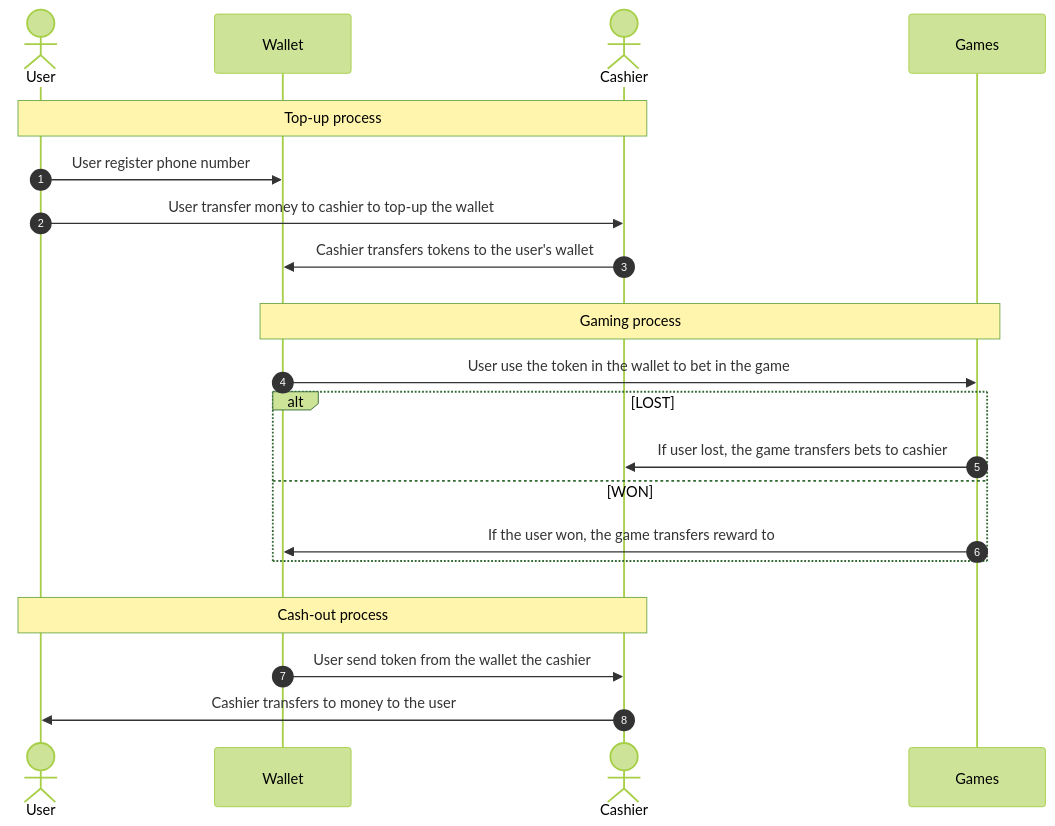
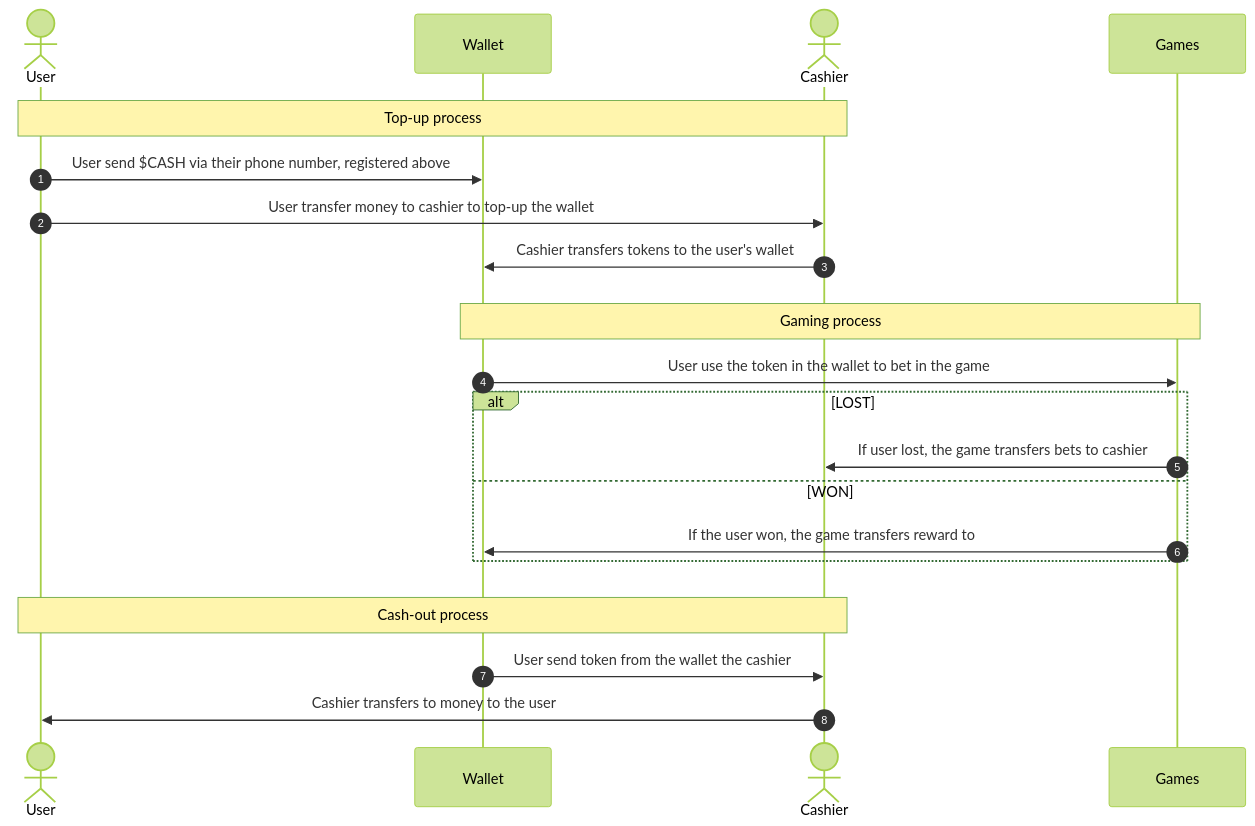
Before and after one commit to selendra/web3-game-gallery: the second of 4 diagrams in README.md, drawn with Mermaid (forest theme). The commit also changed other lines of this file, not shown here.

````diff
--- a/README.md
+++ b/README.md
@@ -70,32 +74,32 @@
 ```mermaid
 sequenceDiagram
     autonumber
 
     actor A as User
     participant B as Wallet
     actor C as Cashier
     participant D as Games
 
     rect rgba(255, 255, 255, 0.2)
     Note over A,C: Top-up process
-    A ->> B: User register phone number
+    A ->> B: User send $CASH via their phone number, registered above
     A ->> C: User transfer money to cashier to top-up the wallet
     C ->> B: Cashier transfers tokens to the user's wallet
     end
     rect rgba(255, 255, 255, 0.2)
         Note over B,D: Gaming process
         B ->> D: User use the token in the wallet to bet in the game
         alt LOST
             D ->> C: If user lost, the game transfers bets to cashier
         else WON
             D ->> B: If the user won, the game transfers reward to
         end
     end
 
     rect rgba(255, 255, 255, 0.2)
     Note over A,C: Cash-out process
     B ->> C: User send token from the wallet the cashier
     C ->> A: Cashier transfers to money to the user
     end
 
 ```
````
